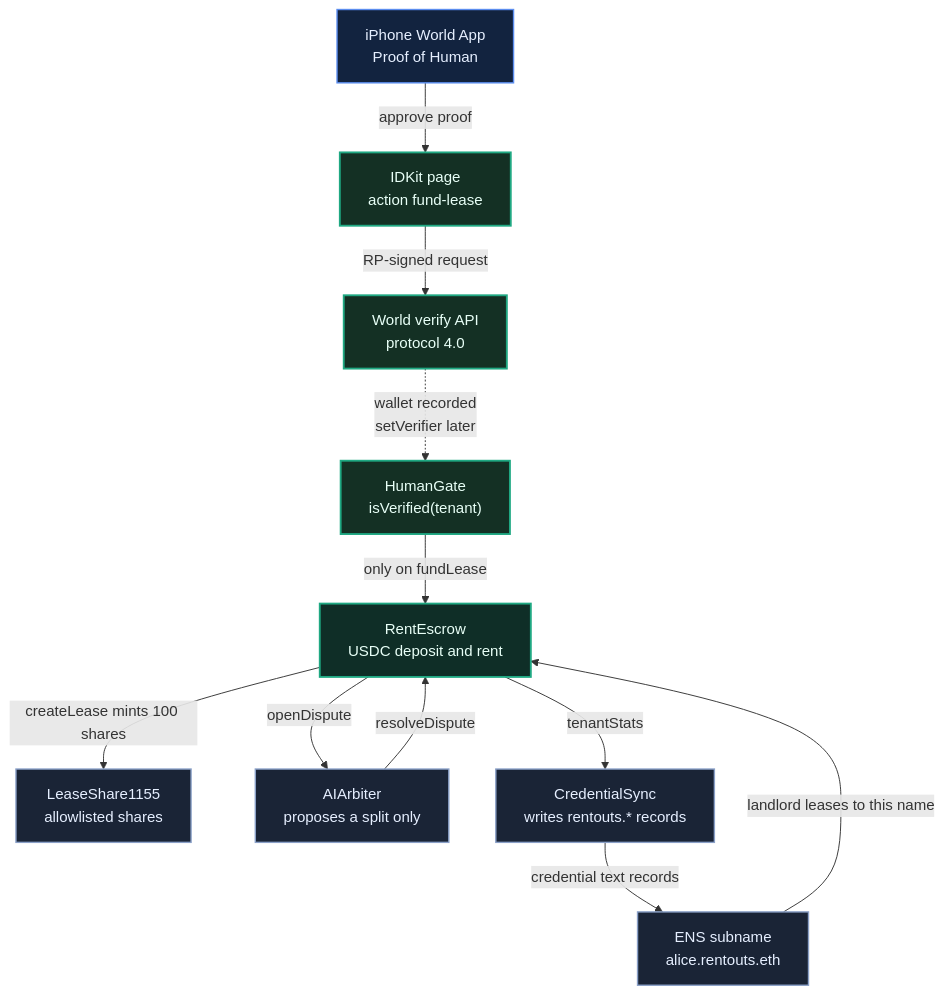
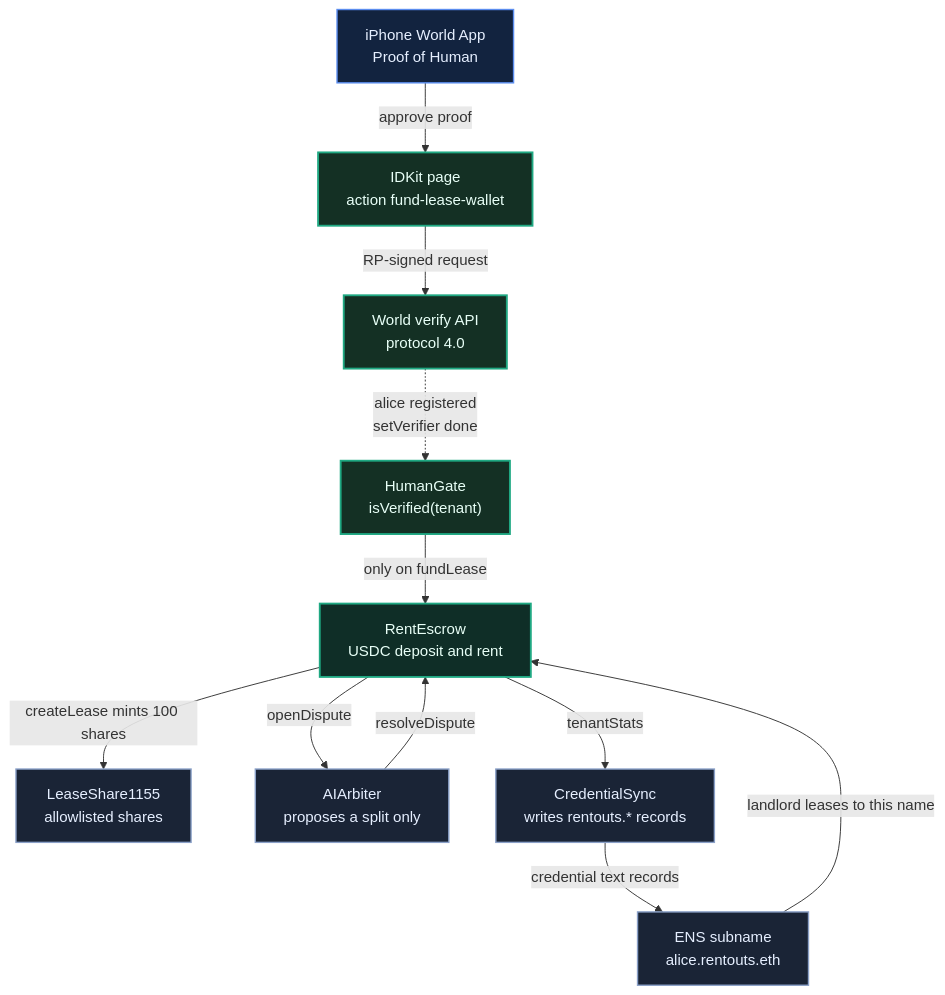
Before and after one commit to AiAlchemist0/rentouts-escrow: the first of 2 diagrams in README.md, drawn with Mermaid. The commit also changed other lines of this file and 8 other files, not shown here.

First line of the commit message:
docs: World ID fund-lease-wallet gate is live (#13)

````diff
--- a/README.md
+++ b/README.md
@@ -257,28 +257,28 @@
 ```mermaid
 flowchart TB
   classDef person fill:#12233f,stroke:#5b8def,stroke-width:1.5px,color:#e6efff
   classDef world fill:#143024,stroke:#1fa882,stroke-width:2px,color:#e8fff7
   classDef money fill:#0f2e27,stroke:#1fa882,stroke-width:2px,color:#e8fff7
   classDef side fill:#1a2436,stroke:#8aa0c8,stroke-width:1.5px,color:#e6efff
 
   Phone["iPhone World App<br/>Proof of Human"]:::person
-  Page["IDKit page<br/>action fund-lease"]:::world
+  Page["IDKit page<br/>action fund-lease-wallet"]:::world
   API["World verify API<br/>protocol 4.0"]:::world
   Gate["HumanGate<br/>isVerified(tenant)"]:::world
   Escrow["RentEscrow<br/>USDC deposit and rent"]:::money
   Name["ENS subname<br/>alice.rentouts.eth"]:::side
   Share["LeaseShare1155<br/>allowlisted shares"]:::side
   Judge["AIArbiter<br/>proposes a split only"]:::side
   Cred["CredentialSync<br/>writes rentouts.* records"]:::side
 
   Phone -->|"approve proof"| Page
   Page -->|"RP-signed request"| API
-  API -.->|"wallet recorded<br/>setVerifier later"| Gate
+  API -.->|"alice registered<br/>setVerifier done"| Gate
   Gate -->|"only on fundLease"| Escrow
   Name -->|"landlord leases to this name"| Escrow
   Escrow -->|"createLease mints 100 shares"| Share
   Escrow -->|"openDispute"| Judge
   Judge -->|"resolveDispute"| Escrow
   Escrow -->|"tenantStats"| Cred
   Cred -->|"credential text records"| Name
 ```
````
